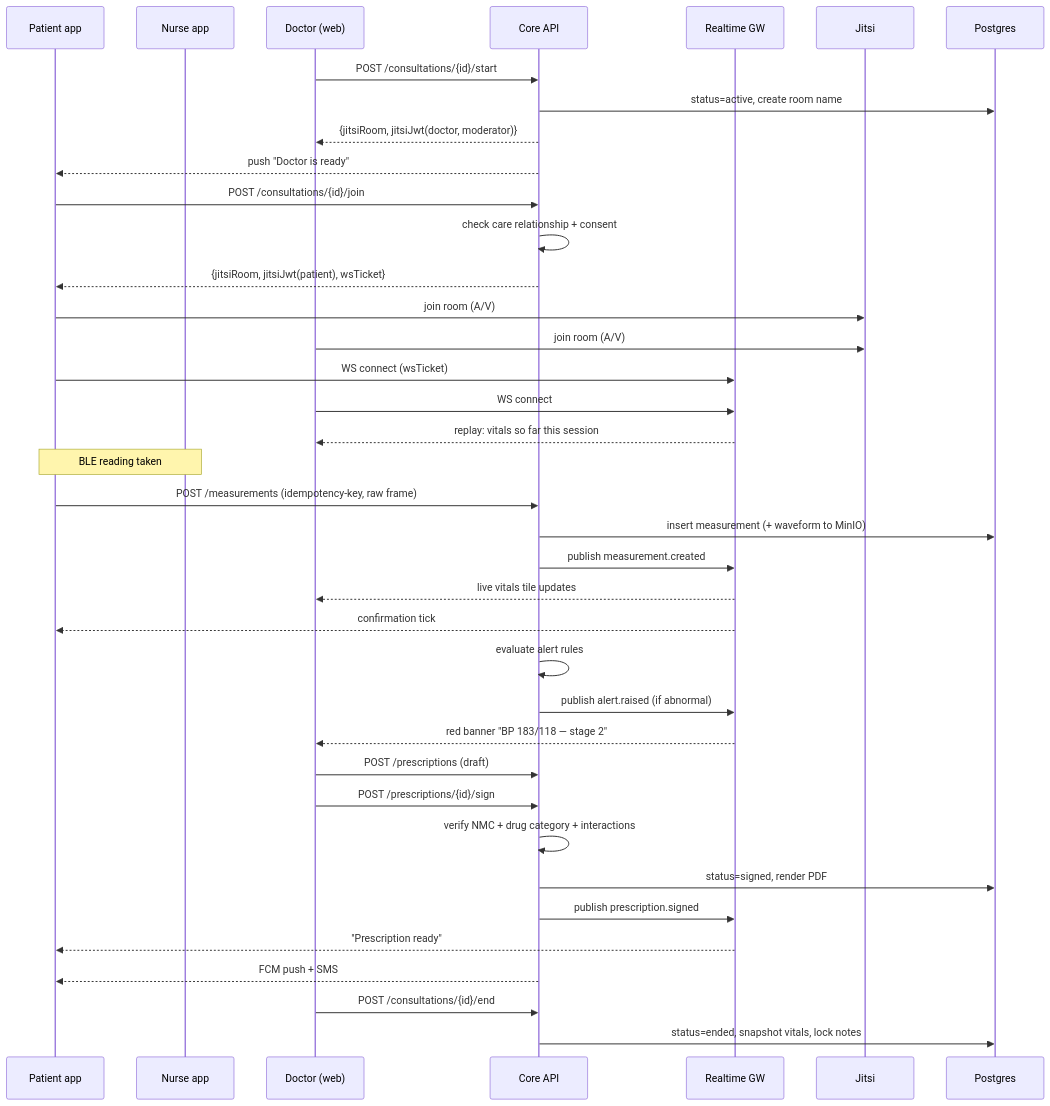
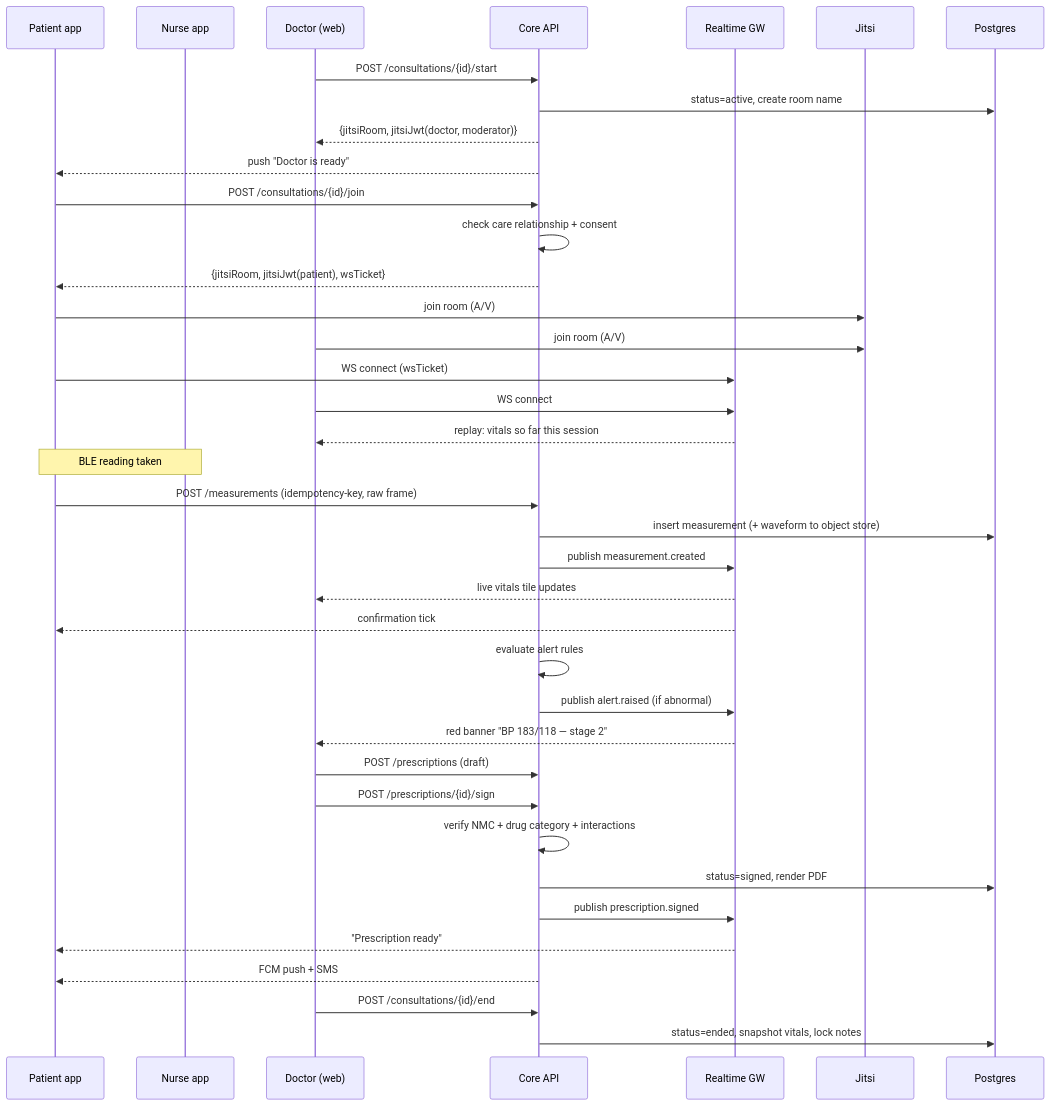
Before and after one commit to ramsayusa-git/ai-coworker: the sixth of 7 diagrams in Aetos One Medical Hub/Aetos-One-Medical-Hub-Architecture.md, drawn with Mermaid. The commit also changed other lines of this file and 31 other files, not shown here.

````diff
--- a/Aetos One Medical Hub/Aetos-One-Medical-Hub-Architecture.md
+++ b/Aetos One Medical Hub/Aetos-One-Medical-Hub-Architecture.md
@@ -874,46 +898,46 @@
 ```mermaid
 sequenceDiagram
     participant P as Patient app
     participant N as Nurse app
     participant D as Doctor (web)
     participant API as Core API
     participant RT as Realtime GW
     participant J as Jitsi
     participant DB as Postgres
 
     D->>API: POST /consultations/{id}/start
     API->>DB: status=active, create room name
     API-->>D: {jitsiRoom, jitsiJwt(doctor, moderator)}
     API-->>P: push "Doctor is ready"
 
     P->>API: POST /consultations/{id}/join
     API->>API: check care relationship + consent
     API-->>P: {jitsiRoom, jitsiJwt(patient), wsTicket}
     P->>J: join room (A/V)
     D->>J: join room (A/V)
 
     P->>RT: WS connect (wsTicket)
     D->>RT: WS connect
     RT-->>D: replay: vitals so far this session
 
     Note over P,N: BLE reading taken
     P->>API: POST /measurements (idempotency-key, raw frame)
-    API->>DB: insert measurement (+ waveform to MinIO)
+    API->>DB: insert measurement (+ waveform to object store)
     API->>RT: publish measurement.created
     RT-->>D: live vitals tile updates
     RT-->>P: confirmation tick
     API->>API: evaluate alert rules
     API->>RT: publish alert.raised (if abnormal)
     RT-->>D: red banner "BP 183/118 — stage 2"
 
     D->>API: POST /prescriptions (draft)
     D->>API: POST /prescriptions/{id}/sign
     API->>API: verify NMC + drug category + interactions
     API->>DB: status=signed, render PDF
     API->>RT: publish prescription.signed
     RT-->>P: "Prescription ready"
     API-->>P: FCM push + SMS
 
     D->>API: POST /consultations/{id}/end
     API->>DB: status=ended, snapshot vitals, lock notes
 ```
````
